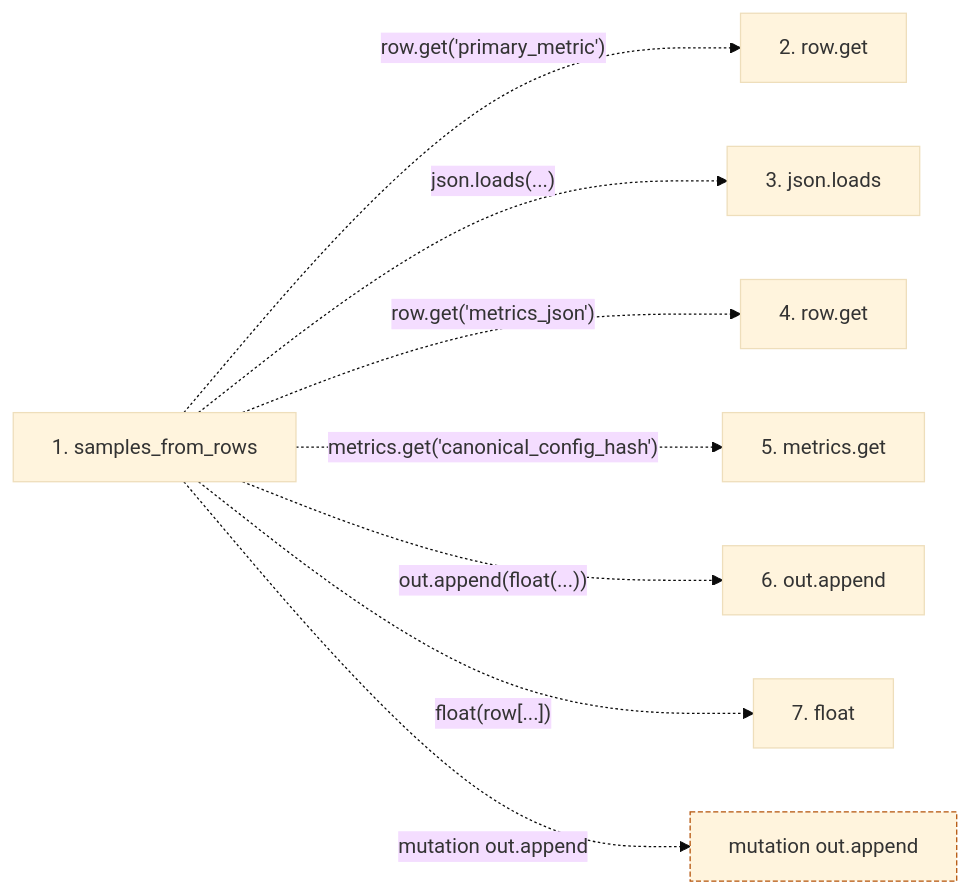
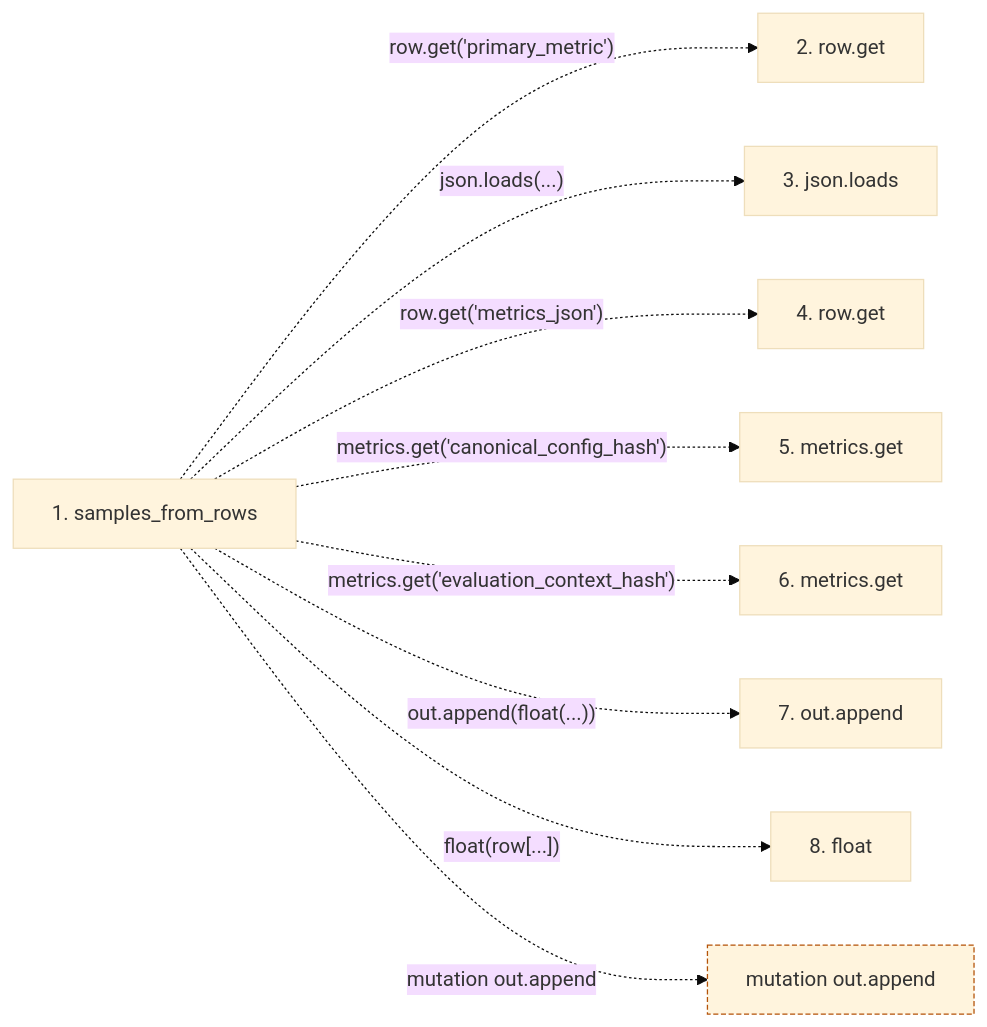
One commit to Denissvgn/autoresearch-agent changed the second of 2 diagrams in docs/llm_wiki/flows/api-samples_from_rows.md. Above: the diagram before and after it, drawn with Mermaid (base theme). The commit also changed other lines of this file and 1033 other files, not shown here.

````diff
--- a/docs/llm_wiki/flows/api-samples_from_rows.md
+++ b/docs/llm_wiki/flows/api-samples_from_rows.md
@@ -36,21 +37,23 @@
 ```mermaid
 flowchart LR
     s1["1. samples_from_rows"]
     s2["2. row.get"]
     s3["3. json.loads"]
     s4["4. row.get"]
     s5["5. metrics.get"]
-    s6["6. out.append"]
-    s7["7. float"]
+    s6["6. metrics.get"]
+    s7["7. out.append"]
+    s8["8. float"]
     s1 -. "row.get('primary_metric')" .-> s2
     s1 -. "json.loads(...)" .-> s3
     s1 -. "row.get('metrics_json')" .-> s4
     s1 -. "metrics.get('canonical_config_hash')" .-> s5
-    s1 -. "out.append(float(...))" .-> s6
-    s1 -. "float(row[...])" .-> s7
+    s1 -. "metrics.get('evaluation_context_hash')" .-> s6
+    s1 -. "out.append(float(...))" .-> s7
+    s1 -. "float(row[...])" .-> s8
     b0["mutation out.append"]
     s1 -. "mutation out.append" .-> b0
     click s1 "../modules/significance.md"
     classDef boundary stroke:#b45309,stroke-dasharray: 4 2
     class b0 boundary
 ```
````
